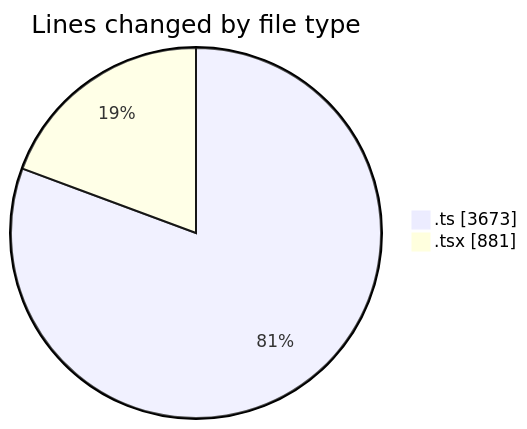
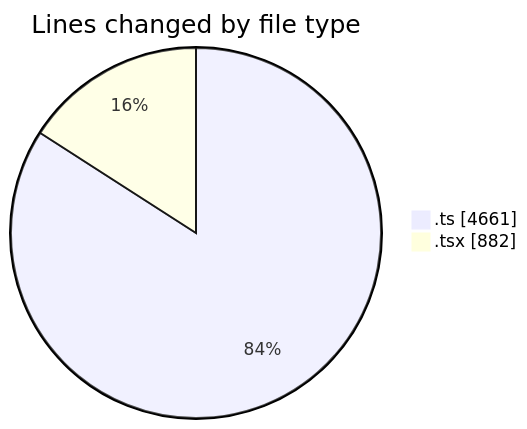
One commit to JenPaints/code-tracking changed the first of 2 diagrams in 2025-07-25/cohera/README.md. Above: the diagram before and after it, drawn with Mermaid. The commit also changed other lines of this file and 1 other file, not shown here.

````diff
--- a/2025-07-25/cohera/README.md
+++ b/2025-07-25/cohera/README.md
@@ -26,6 +29,6 @@
 ```mermaid
 pie showData
 title Lines changed by file type
-".ts" : 3673
-".tsx" : 881
+".ts" : 4661
+".tsx" : 882
 ```
````
